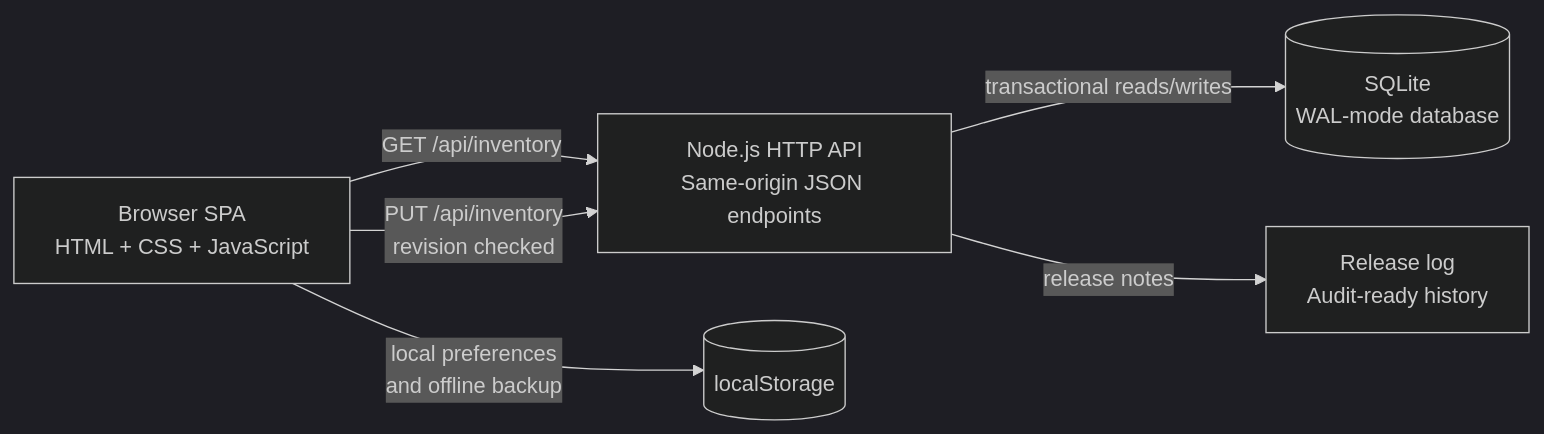
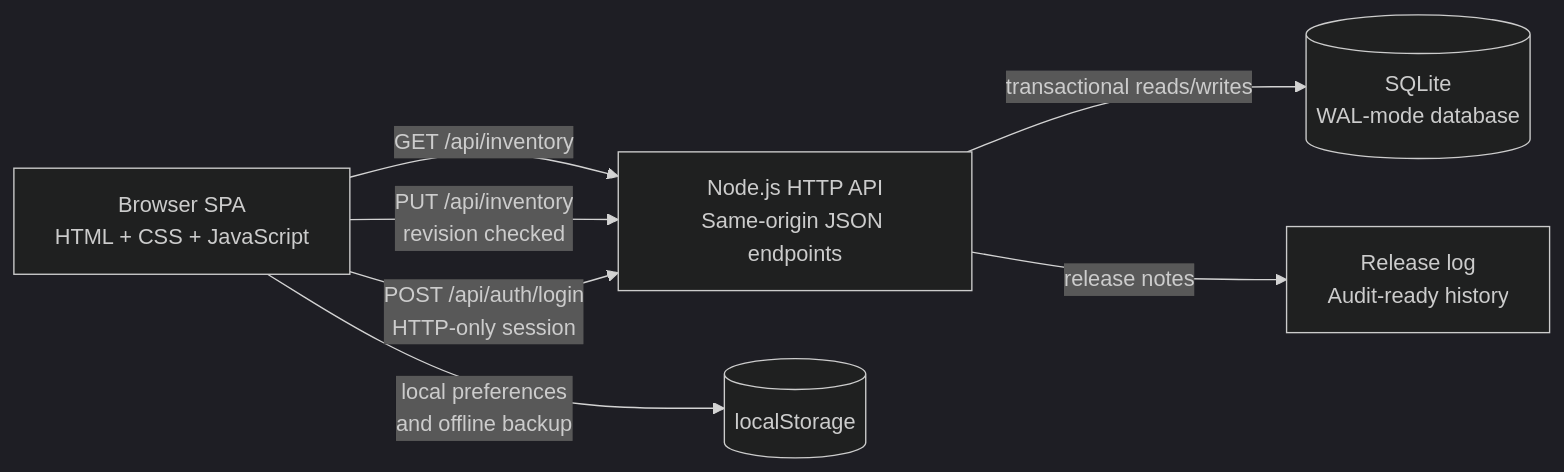
One commit to sgshiv001/inventrack-inventory-management changed the first of 2 diagrams in docs/ARCHITECTURE.md. Above: the diagram before and after it, drawn with Mermaid (dark theme). The commit also changed other lines of this file and 18 other files, not shown here.

````diff
--- a/docs/ARCHITECTURE.md
+++ b/docs/ARCHITECTURE.md
@@ -7,13 +7,14 @@
 ```mermaid
 flowchart LR
   Browser[Browser SPA\nHTML + CSS + JavaScript]
   API[Node.js HTTP API\nSame-origin JSON endpoints]
   DB[(SQLite\nWAL-mode database)]
   Log[Release log\nAudit-ready history]
 
   Browser -->|GET /api/inventory| API
   Browser -->|PUT /api/inventory\nrevision checked| API
+  Browser -->|POST /api/auth/login\nHTTP-only session| API
   API -->|transactional reads/writes| DB
   API -->|release notes| Log
   Browser -->|local preferences\nand offline backup| Local[(localStorage)]
 ```
````
